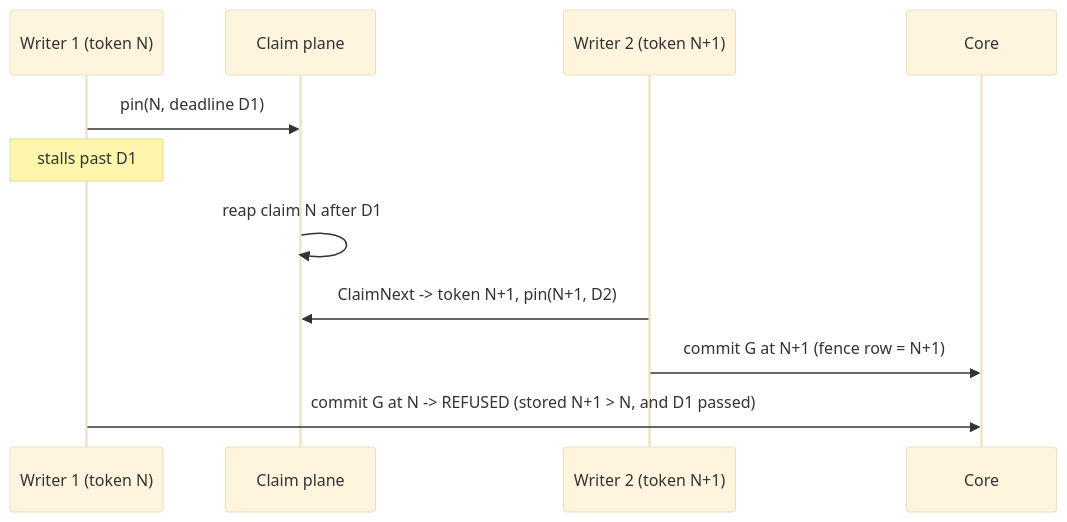
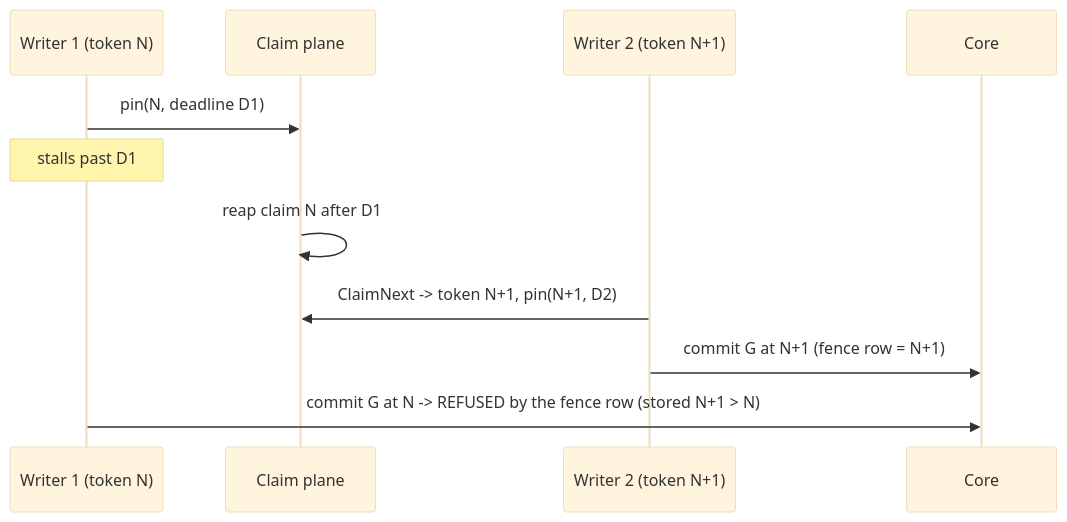
Before and after one commit to eshu-hq/eshu: the second of 2 diagrams in docs/internal/design/9376-claim-plane-commit-fence.md, drawn with Mermaid (base theme). The commit also changed other lines of this file and 6 other files, not shown here.

First line of the commit message:
Correct the commit fence design note, runbook, and migration lock note (#9376)

````diff
--- a/docs/internal/design/9376-claim-plane-commit-fence.md
+++ b/docs/internal/design/9376-claim-plane-commit-fence.md
@@ -59,13 +67,13 @@
 ```mermaid
 sequenceDiagram
     participant W1 as Writer 1 (token N)
     participant P as Claim plane
     participant W2 as Writer 2 (token N+1)
     participant I as Core
     W1->>P: pin(N, deadline D1)
     Note over W1: stalls past D1
     P->>P: reap claim N after D1
     W2->>P: ClaimNext -> token N+1, pin(N+1, D2)
     W2->>I: commit G at N+1 (fence row = N+1)
-    W1->>I: commit G at N -> REFUSED (stored N+1 > N, and D1 passed)
+    W1->>I: commit G at N -> REFUSED by the fence row (stored N+1 > N)
 ```
````
